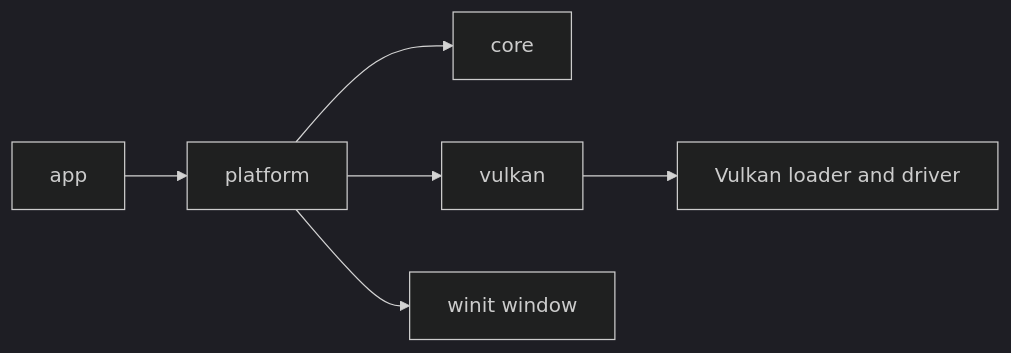
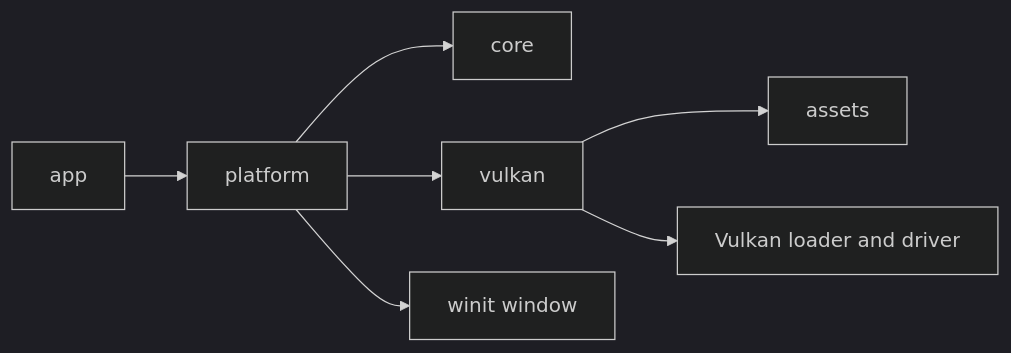
One commit to LarpingAgent/Project3.6k changed the diagram in docs/architecture/overview.md. Above: the diagram before and after it, drawn with Mermaid (dark theme). The commit also changed other lines of this file and 15 other files, not shown here.

````diff
--- a/docs/architecture/overview.md
+++ b/docs/architecture/overview.md
@@ -5,8 +5,9 @@
 ```mermaid
 flowchart LR
   app[app] --> platform[platform]
   platform --> core[core]
   platform --> vulkan[vulkan]
   platform --> window[winit window]
+  vulkan --> assets[assets]
   vulkan --> driver[Vulkan loader and driver]
 ```
````
